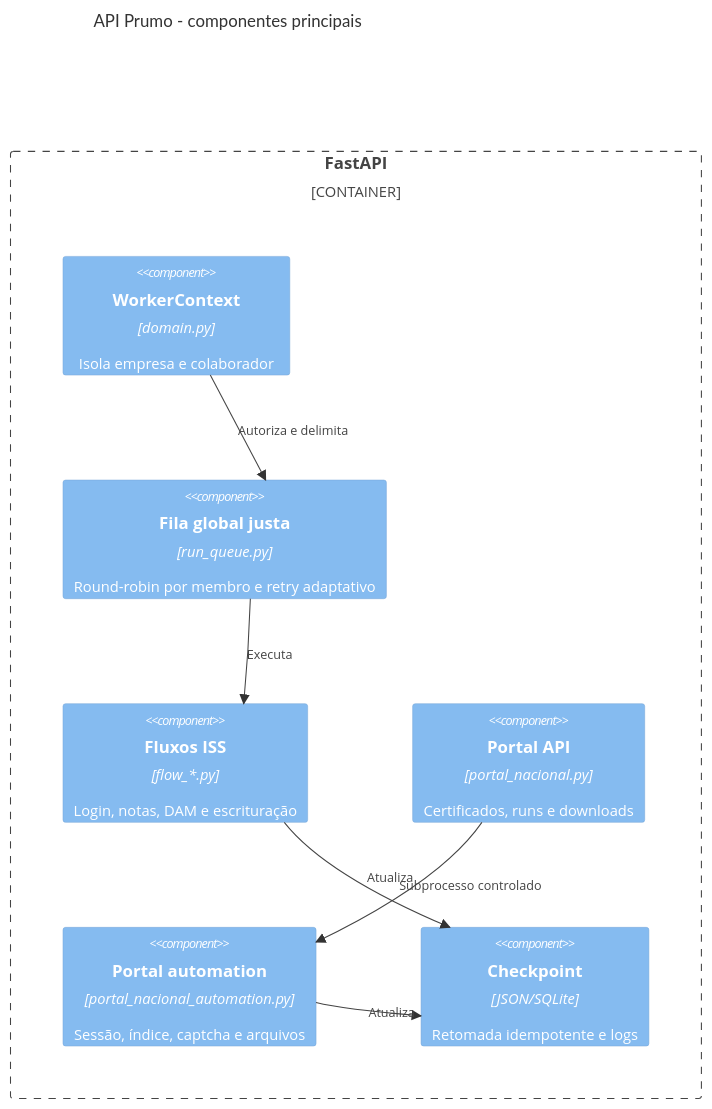
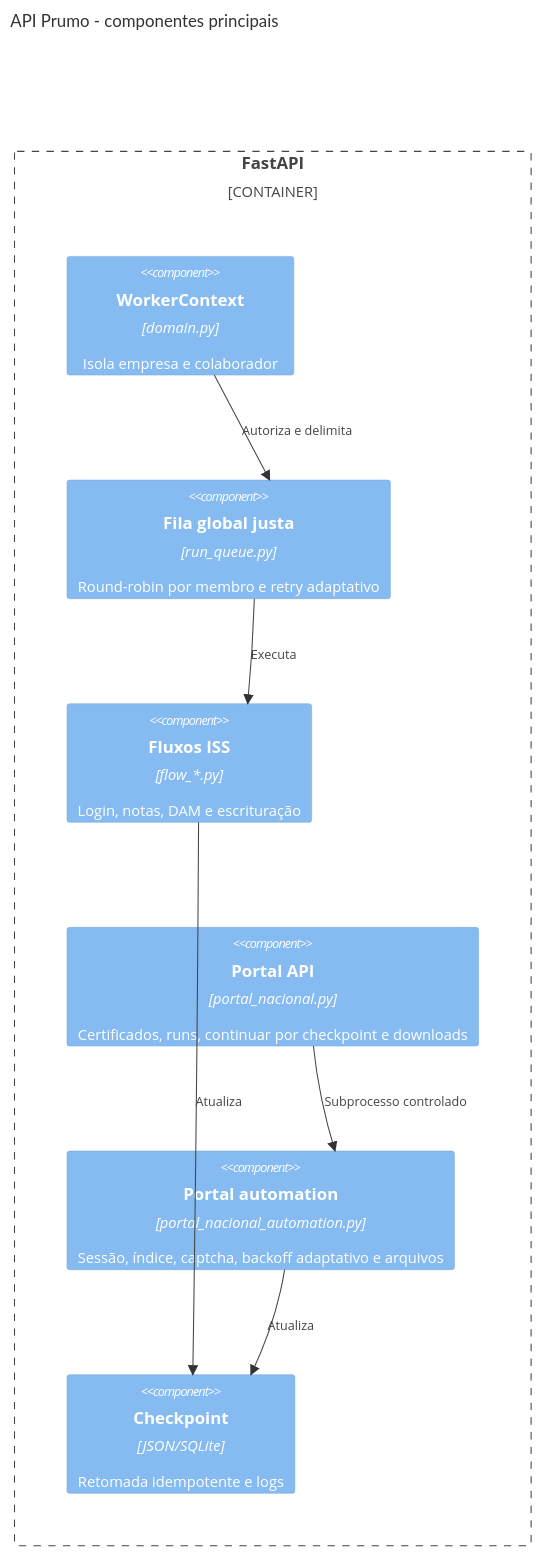
Before and after one commit to prumosistemas/app: the third of 4 diagrams in docs/C4.md, drawn with Mermaid. The commit also changed 12 other files, not shown here.

Commit message:
feat: keep portal runs resumable during outages

````diff
--- a/docs/C4.md
+++ b/docs/C4.md
@@ -53,17 +53,17 @@
 ```mermaid
 C4Component
   title API Prumo - componentes principais
   Container_Boundary(api, "FastAPI") {
     Component(auth, "WorkerContext", "domain.py", "Isola empresa e colaborador")
     Component(queue, "Fila global justa", "run_queue.py", "Round-robin por membro e retry adaptativo")
     Component(issFlows, "Fluxos ISS", "flow_*.py", "Login, notas, DAM e escrituração")
-    Component(portalApi, "Portal API", "portal_nacional.py", "Certificados, runs e downloads")
-    Component(portalFlow, "Portal automation", "portal_nacional_automation.py", "Sessão, índice, captcha e arquivos")
+    Component(portalApi, "Portal API", "portal_nacional.py", "Certificados, runs, continuar por checkpoint e downloads")
+    Component(portalFlow, "Portal automation", "portal_nacional_automation.py", "Sessão, índice, captcha, backoff adaptativo e arquivos")
     Component(checkpoint, "Checkpoint", "JSON/SQLite", "Retomada idempotente e logs")
   }
   Rel(auth, queue, "Autoriza e delimita")
   Rel(queue, issFlows, "Executa")
   Rel(portalApi, portalFlow, "Subprocesso controlado")
   Rel(issFlows, checkpoint, "Atualiza")
   Rel(portalFlow, checkpoint, "Atualiza")
 ```
````
